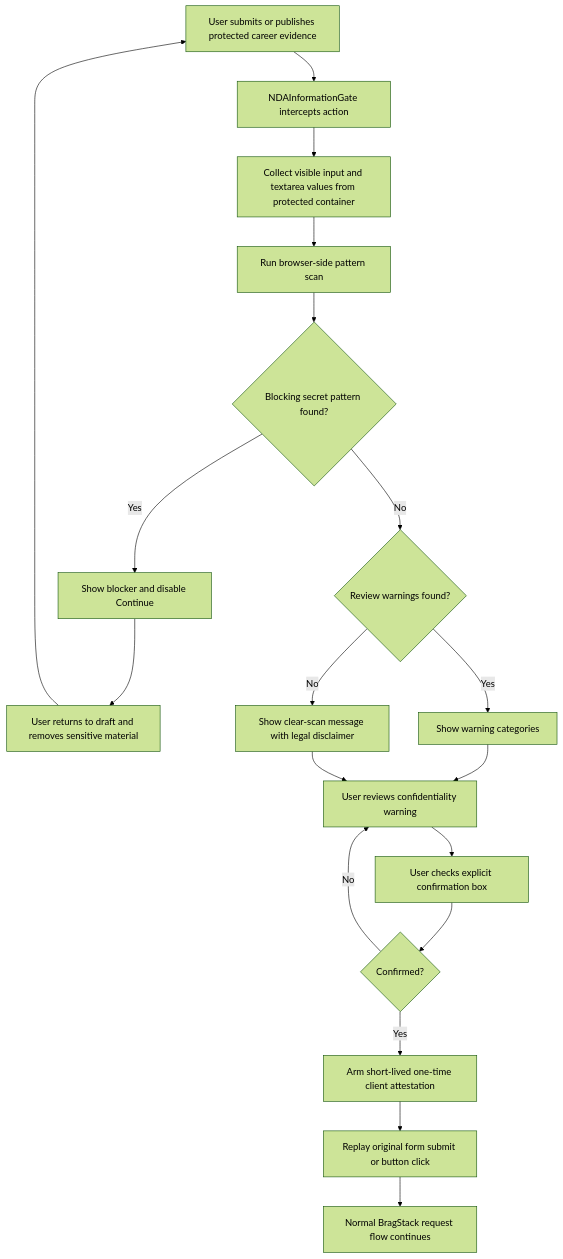
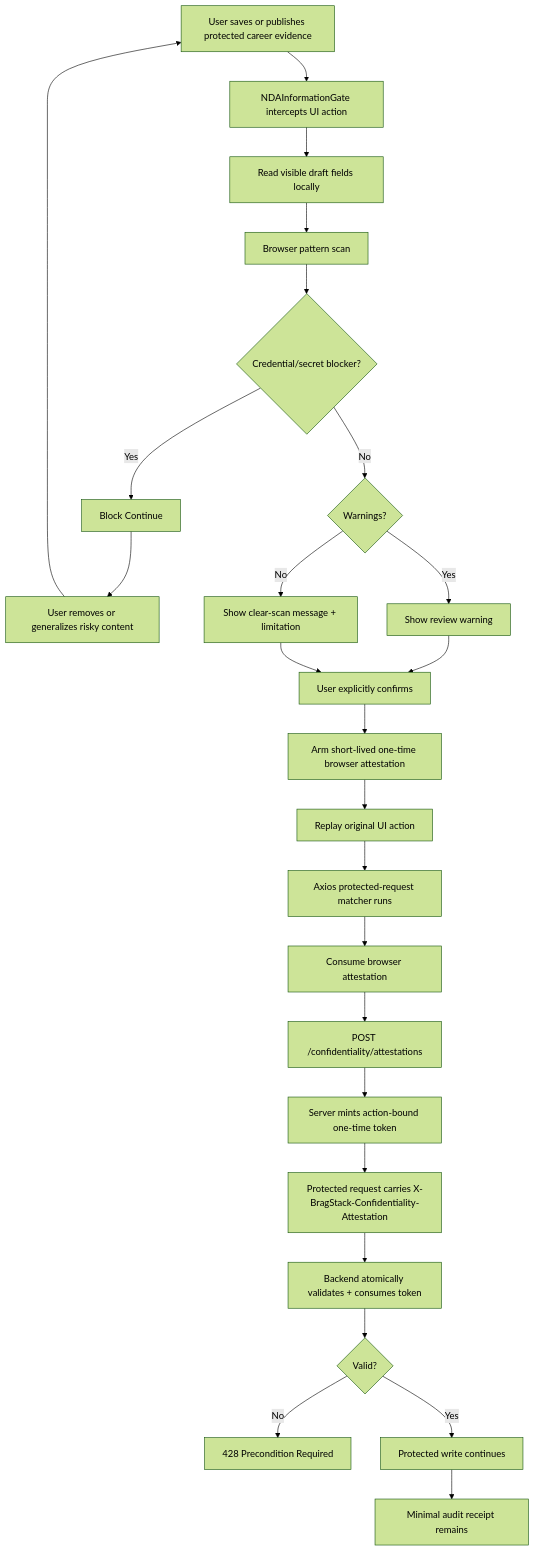
Before and after one commit to mergemaven11/Boasted.io: the diagram in docs/NDA_SAFETY_WORKFLOW.md, drawn with Mermaid (forest theme). The commit also changed other lines of this file, not shown here.

Commit message:
Document end-to-end confidentiality enforcement and audit receipts

````diff
--- a/docs/NDA_SAFETY_WORKFLOW.md
+++ b/docs/NDA_SAFETY_WORKFLOW.md
@@ -28,21 +35,27 @@
 ```mermaid
 flowchart TD
-    A[User submits or publishes protected career evidence] --> B[NDAInformationGate intercepts action]
-    B --> C[Collect visible input and textarea values from protected container]
-    C --> D[Run browser-side pattern scan]
-    D --> E{Blocking secret pattern found?}
-    E -- Yes --> F[Show blocker and disable Continue]
-    F --> G[User returns to draft and removes sensitive material]
+    A[User saves or publishes protected career evidence] --> B[NDAInformationGate intercepts UI action]
+    B --> C[Read visible draft fields locally]
+    C --> D[Browser pattern scan]
+    D --> E{Credential/secret blocker?}
+    E -- Yes --> F[Block Continue]
+    F --> G[User removes or generalizes risky content]
     G --> A
-    E -- No --> H{Review warnings found?}
-    H -- Yes --> I[Show warning categories]
-    H -- No --> J[Show clear-scan message with legal disclaimer]
-    I --> K[User reviews confidentiality warning]
+    E -- No --> H{Warnings?}
+    H -- Yes --> I[Show review warning]
+    H -- No --> J[Show clear-scan message + limitation]
+    I --> K[User explicitly confirms]
     J --> K
-    K --> L[User checks explicit confirmation box]
-    L --> M{Confirmed?}
-    M -- No --> K
-    M -- Yes --> N[Arm short-lived one-time client attestation]
-    N --> O[Replay original form submit or button click]
-    O --> P[Normal BragStack request flow continues]
+    K --> L[Arm short-lived one-time browser attestation]
+    L --> M[Replay original UI action]
+    M --> N[Axios protected-request matcher runs]
+    N --> O[Consume browser attestation]
+    O --> P[POST /confidentiality/attestations]
+    P --> Q[Server mints action-bound one-time token]
+    Q --> R[Protected request carries X-BragStack-Confidentiality-Attestation]
+    R --> S[Backend atomically validates + consumes token]
+    S --> T{Valid?}
+    T -- No --> U[428 Precondition Required]
+    T -- Yes --> V[Protected write continues]
+    V --> W[Minimal audit receipt remains]
 ```
````
